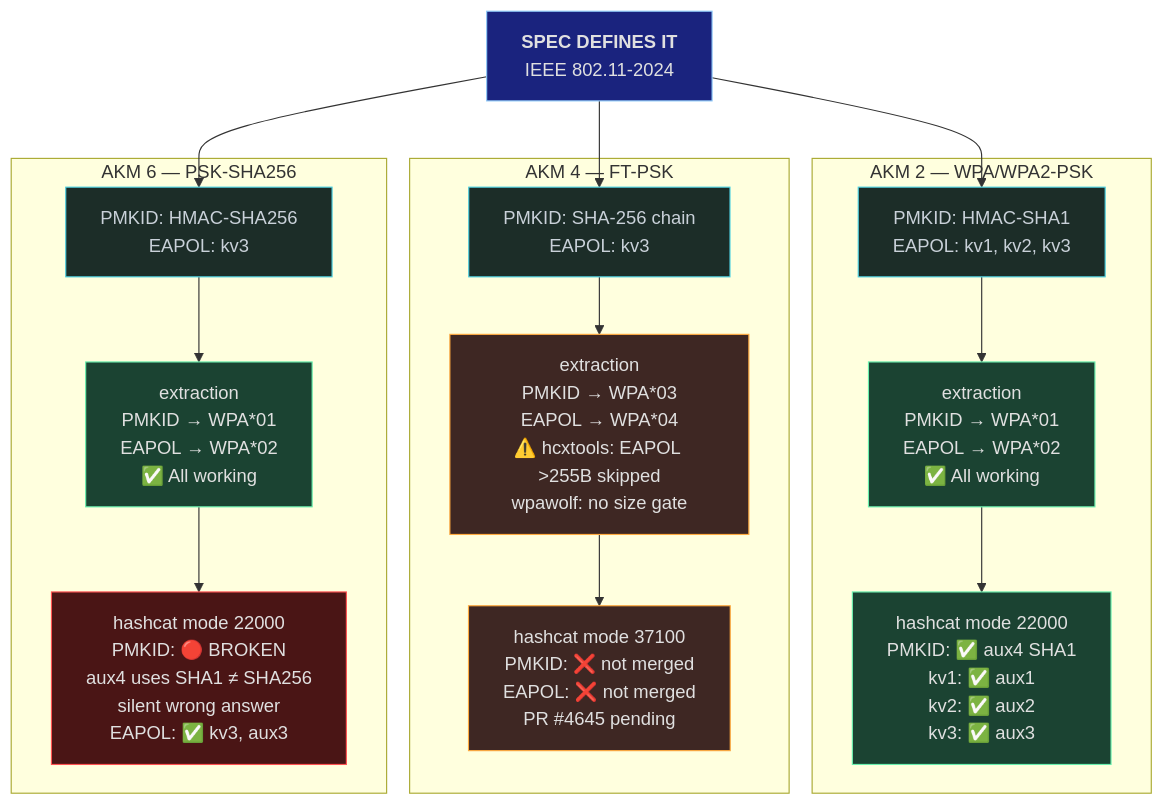
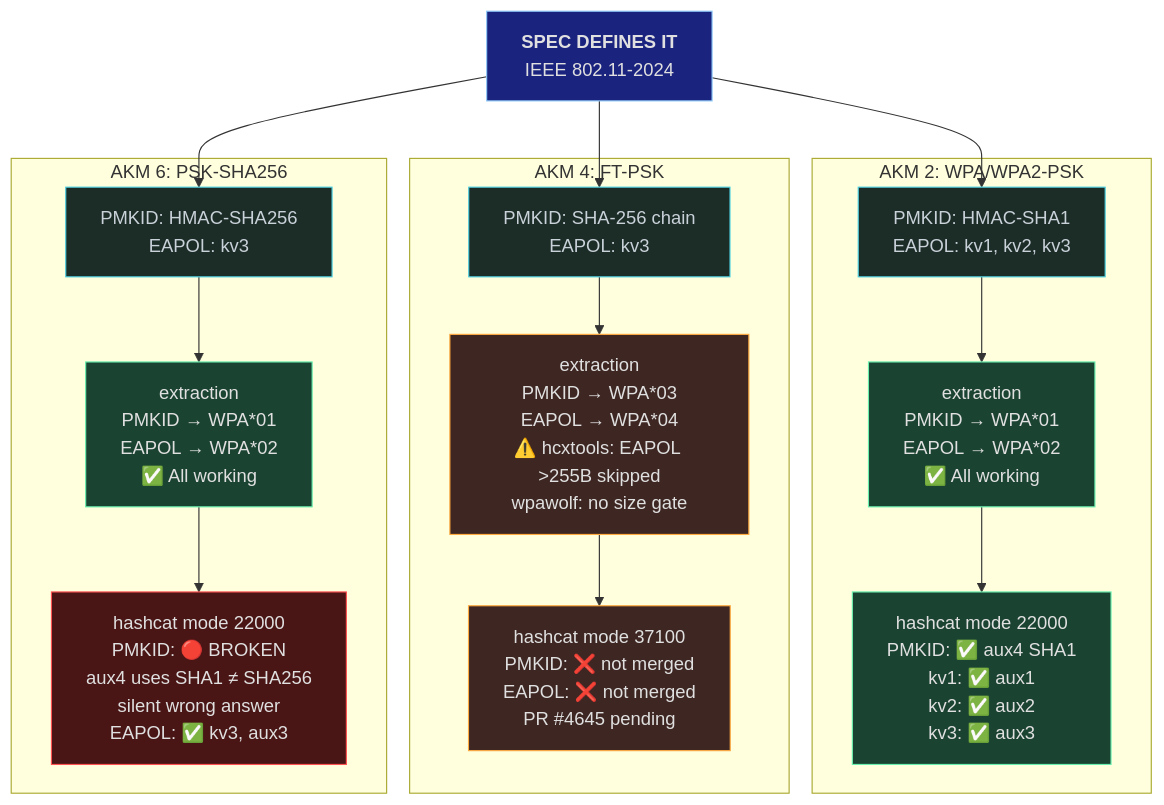
The diagram in docs/reference/gap-table.md (StrongWind1/WiFi_Cracking), drawn with Mermaid before and after one commit. The commit also changed other lines of this file and 35 other files, not shown here.

````diff
--- a/docs/reference/gap-table.md
+++ b/docs/reference/gap-table.md
@@ -44,43 +44,43 @@
 ```mermaid
 flowchart TD
     spec["<b>SPEC DEFINES IT</b><br>IEEE 802.11-2024"]
 
     spec --> akm2_spec
     spec --> akm4_spec
     spec --> akm6_spec
 
-    subgraph akm2["AKM 2 — WPA/WPA2-PSK"]
+    subgraph akm2["AKM 2: WPA/WPA2-PSK"]
         akm2_spec["PMKID: HMAC-SHA1<br>EAPOL: kv1, kv2, kv3"]
         akm2_hcx["extraction<br>PMKID → WPA*01<br>EAPOL → WPA*02<br>✅ All working"]
         akm2_hc["hashcat mode 22000<br>PMKID: ✅ aux4 SHA1<br>kv1: ✅ aux1<br>kv2: ✅ aux2<br>kv3: ✅ aux3"]
         akm2_spec --> akm2_hcx --> akm2_hc
     end
 
-    subgraph akm4["AKM 4 — FT-PSK"]
+    subgraph akm4["AKM 4: FT-PSK"]
         akm4_spec["PMKID: SHA-256 chain<br>EAPOL: kv3"]
         akm4_hcx["extraction<br>PMKID → WPA*03<br>EAPOL → WPA*04<br>⚠️ hcxtools: EAPOL >255B skipped<br>wpawolf: no size gate"]
         akm4_hc["hashcat mode 37100<br>PMKID: ❌ not merged<br>EAPOL: ❌ not merged<br>PR #4645 pending"]
         akm4_spec --> akm4_hcx --> akm4_hc
     end
 
-    subgraph akm6["AKM 6 — PSK-SHA256"]
+    subgraph akm6["AKM 6: PSK-SHA256"]
         akm6_spec["PMKID: HMAC-SHA256<br>EAPOL: kv3"]
         akm6_hcx["extraction<br>PMKID → WPA*01<br>EAPOL → WPA*02<br>✅ All working"]
         akm6_hc["hashcat mode 22000<br>PMKID: 🔴 BROKEN<br>aux4 uses SHA1 ≠ SHA256<br>silent wrong answer<br>EAPOL: ✅ kv3, aux3"]
         akm6_spec --> akm6_hcx --> akm6_hc
     end
 
     classDef working fill:#1b4332,stroke:#69f0ae,color:#e0e0e0
     classDef broken fill:#4a1515,stroke:#ff5252,color:#e0e0e0
     classDef missing fill:#3e2723,stroke:#ffab40,color:#e0e0e0
     classDef specbox fill:#1a237e,stroke:#90caf9,color:#e0e0e0
     classDef neutral fill:#1c2d28,stroke:#4dd0e1,color:#c9d1d9
 
     class spec specbox
     class akm2_spec,akm4_spec,akm6_spec neutral
     class akm2_hcx,akm6_hcx working
     class akm2_hc working
     class akm4_hcx missing
     class akm4_hc missing
     class akm6_hc broken
 ```
````
